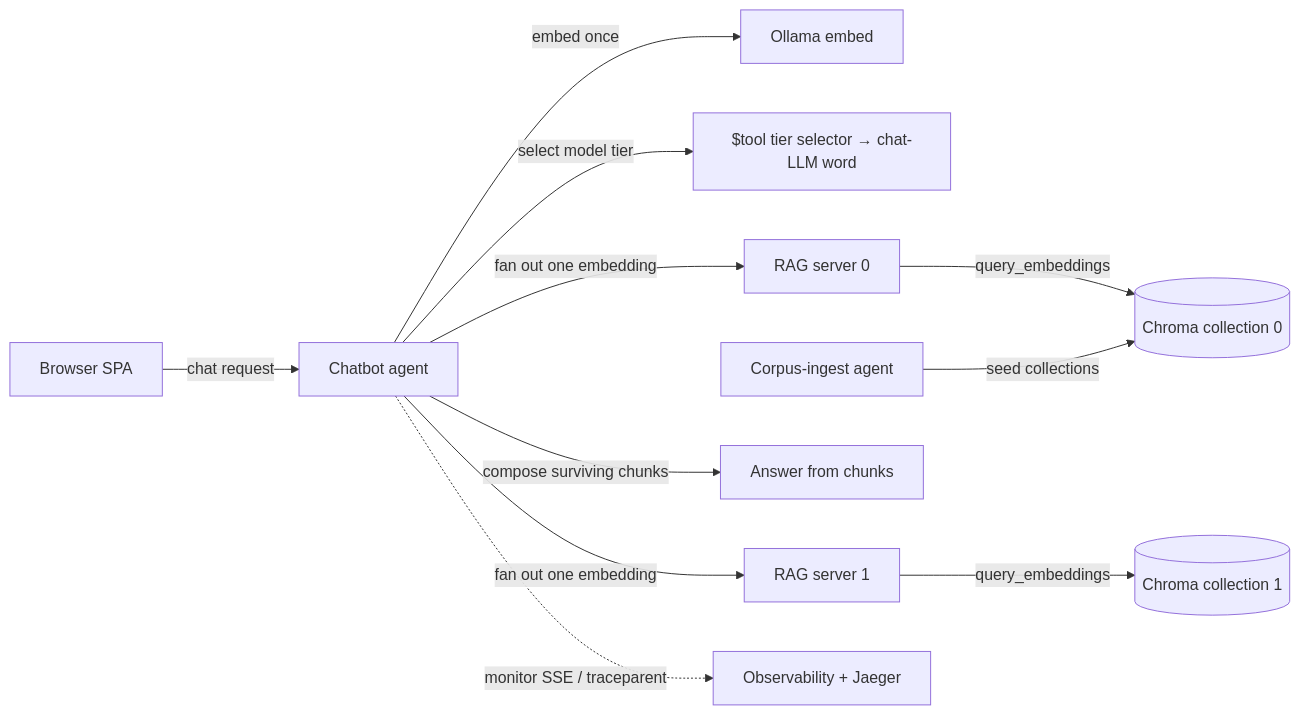
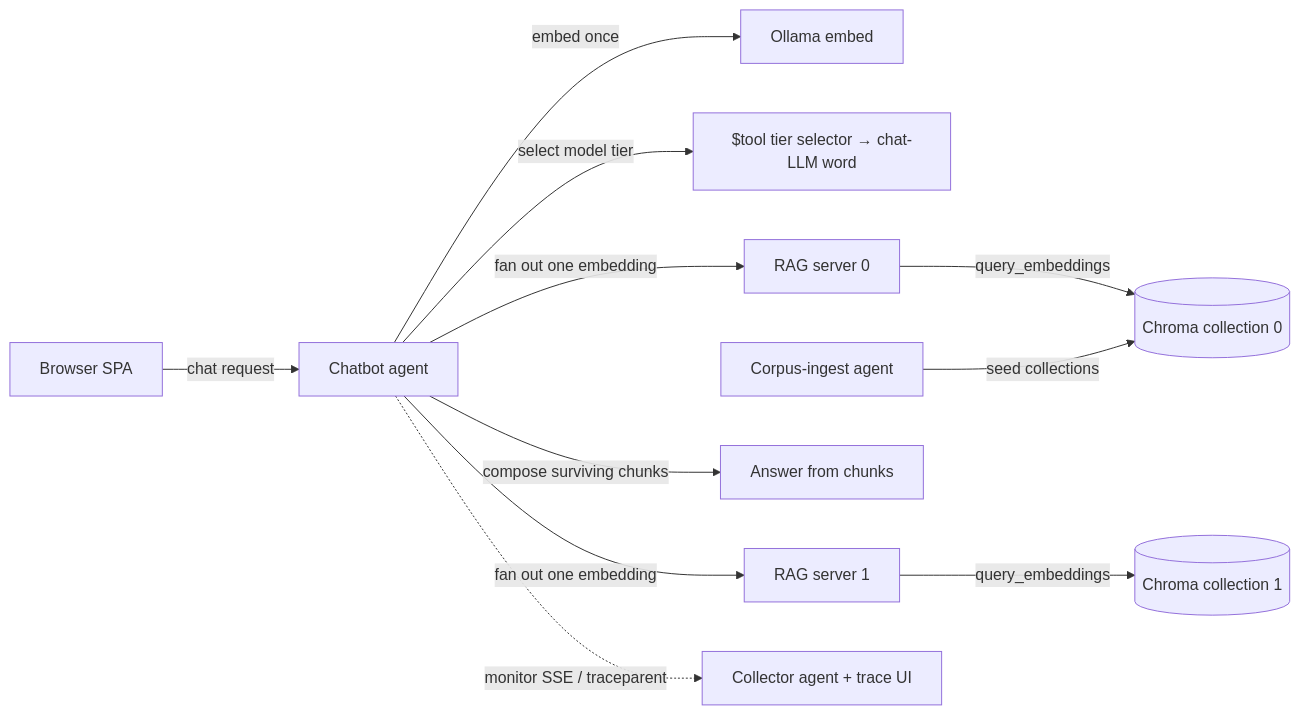
The diagram in applications/chatbot-mesh/README.md (Acharya320/declarative-agents), drawn with Mermaid before and after one commit. The commit also changed other lines of this file and 12 other files, not shown here.

````diff
--- a/applications/chatbot-mesh/README.md
+++ b/applications/chatbot-mesh/README.md
@@ -24,13 +24,13 @@
 ```mermaid
 flowchart LR
   U[Browser SPA] -->|chat request| CB[Chatbot agent]
   CB -->|embed once| OLL[Ollama embed]
   CB -->|select model tier| TS["$tool tier selector → chat-LLM word"]
   CB -->|fan out one embedding| R0[RAG server 0]
   CB -->|fan out one embedding| R1[RAG server 1]
   R0 -->|query_embeddings| CH0[(Chroma collection 0)]
   R1 -->|query_embeddings| CH1[(Chroma collection 1)]
   CB -->|compose surviving chunks| ANS[Answer from chunks]
   ING[Corpus-ingest agent] -->|seed collections| CH0
-  CB -.->|monitor SSE / traceparent| OBS[Observability + Jaeger]
+  CB -.->|monitor SSE / traceparent| OBS[Collector agent + trace UI]
 ```
````
